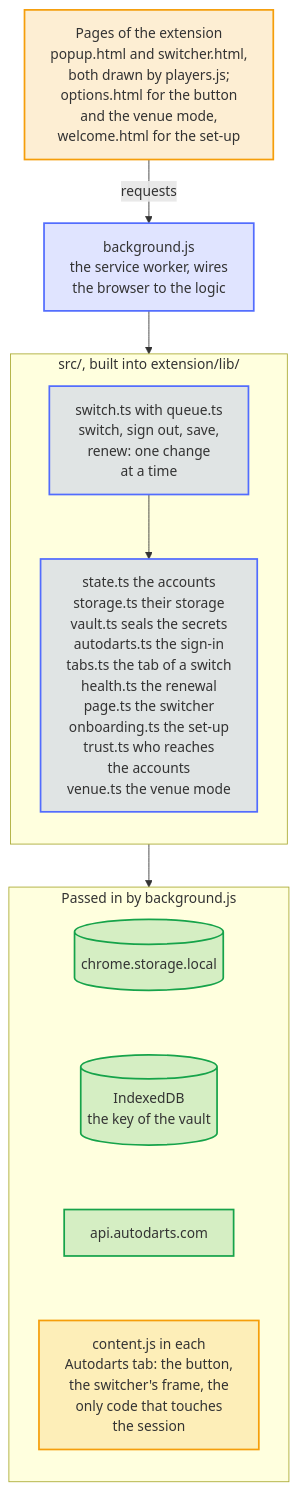
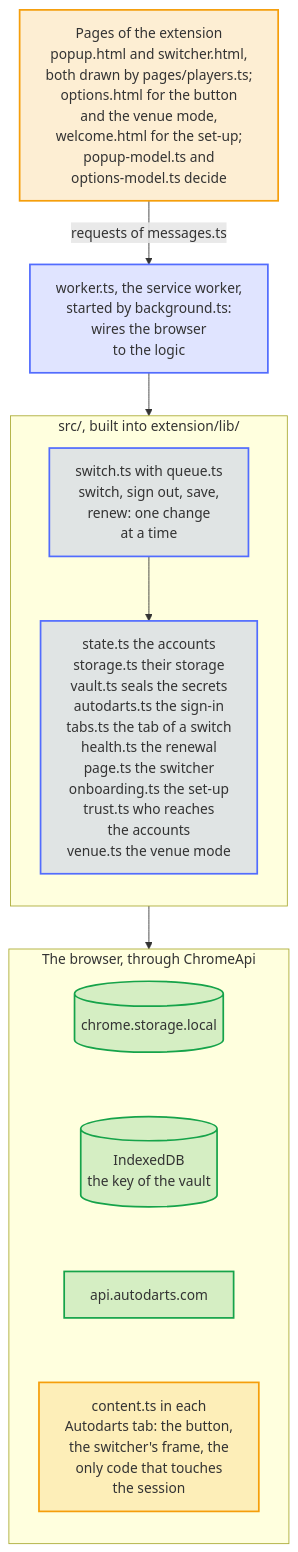
The diagram in docs/diagrams/architecture.mmd (Dennis-Otto/player-switch-for-autodarts), drawn with Mermaid before and after one commit. The commit also changed 64 other files, not shown here.

First line of the commit message:
refactor: write the service worker, popup and content script in TypeScript and unit-test them (#77)

```diff
--- a/docs/diagrams/architecture.mmd
+++ b/docs/diagrams/architecture.mmd
@@ -1,35 +1,35 @@
 ---
 config:
   flowchart:
     wrappingWidth: 400
 ---
 flowchart TB
     accTitle: How the code is laid out
-    accDescr: The popup and the switcher are pages of the extension that players.js draws, the options page keeps the settings of the button and of the venue mode, and the welcome page guides the first set-up. They send their requests to background.js, the service worker, which wires the browser to the logic in src/, built into extension/lib/. There switch.ts makes every change of the accounts, one at a time through queue.ts, with state.ts for the saved accounts, storage.ts to store them with the version of their format, vault.ts to seal their sessions and passwords, and autodarts.ts for the sign-in service of Autodarts; tabs.ts picks the Autodarts tab, health.ts plans the renewal and the badge, page.ts decides for the switcher, onboarding.ts for the first set-up and the bug report, trust.ts who may send which request and who may read the storage, and venue.ts the PINs and the return after a break of the venue mode. The logic reaches chrome.storage.local, the IndexedDB of the key, api.autodarts.com and content.js only through what background.js passes in. content.js runs in each Autodarts tab, shows the button and the frame of the switcher, and is the only code that reads or writes the session of the page.
+    accDescr: Every line that ships is TypeScript in src/, built into extension/lib/; extension/ holds only the manifest, the HTML, the styles, the icons and the texts. The popup and the switcher are pages of the extension that pages/players.ts draws, the options page keeps the settings of the button and of the venue mode, and the welcome page guides the first set-up; what they decide is in popup-model.ts and options-model.ts. They send their requests, typed in messages.ts, to worker.ts, the service worker, which background.ts starts on the real chrome and which wires the browser to the logic. There switch.ts makes every change of the accounts, one at a time through queue.ts, with state.ts for the saved accounts, storage.ts to store them with the version of their format, vault.ts to seal their sessions and passwords, and autodarts.ts for the sign-in service of Autodarts; tabs.ts picks the Autodarts tab, health.ts plans the renewal and the badge, page.ts decides for the switcher, onboarding.ts for the first set-up and the bug report, trust.ts who may send which request and who may read the storage, and venue.ts the PINs and the return after a break of the venue mode. The worker reaches chrome.storage.local, the IndexedDB of the key, api.autodarts.com and the content script only through ChromeApi, the typed port that background.ts fills with the real chrome and a test with a fake one. content.ts runs in each Autodarts tab as a classic script, shows the button and the frame of the switcher, and is the only code that reads or writes the session of the page.
 
-    pages["Pages of the extension<br>popup.html and switcher.html,<br>both drawn by players.js;<br>options.html for the button<br>and the venue mode,<br>welcome.html for the set-up"]
-    worker["background.js<br>the service worker, wires<br>the browser to the logic"]
+    pages["Pages of the extension<br>popup.html and switcher.html,<br>both drawn by pages/players.ts;<br>options.html for the button<br>and the venue mode,<br>welcome.html for the set-up;<br>popup-model.ts and<br>options-model.ts decide"]
+    worker["worker.ts, the service worker,<br>started by background.ts:<br>wires the browser<br>to the logic"]
     subgraph lib ["src/, built into extension/lib/"]
         direction TB
         switch["switch.ts with queue.ts<br>switch, sign out, save,<br>renew: one change<br>at a time"]
         parts["state.ts the accounts<br>storage.ts their storage<br>vault.ts seals the secrets<br>autodarts.ts the sign-in<br>tabs.ts the tab of a switch<br>health.ts the renewal<br>page.ts the switcher<br>onboarding.ts the set-up<br>trust.ts who reaches<br>the accounts<br>venue.ts the venue mode"]
         switch --> parts
     end
-    subgraph ports ["Passed in by background.js"]
+    subgraph ports ["The browser, through ChromeApi"]
         direction TB
         storage[("chrome.storage.local")]
         keys[("IndexedDB<br>the key of the vault")]
         api["api.autodarts.com"]
-        content["content.js in each<br>Autodarts tab: the button,<br>the switcher's frame, the<br>only code that touches<br>the session"]
+        content["content.ts in each<br>Autodarts tab: the button,<br>the switcher's frame, the<br>only code that touches<br>the session"]
         storage ~~~ keys ~~~ api ~~~ content
     end
 
-    pages -- "requests" --> worker --> lib
+    pages -- "requests of messages.ts" --> worker --> lib
     lib --> ports
 
     classDef bot fill:#526cfe2e,stroke:#526cfe,stroke-width:2px
     classDef done fill:#16a34a2e,stroke:#16a34a,stroke-width:2px
     classDef person fill:#f59e0b2e,stroke:#f59e0b,stroke-width:2px
     class pages,content person
     class worker,switch,parts bot
     class storage,keys,api done
```
